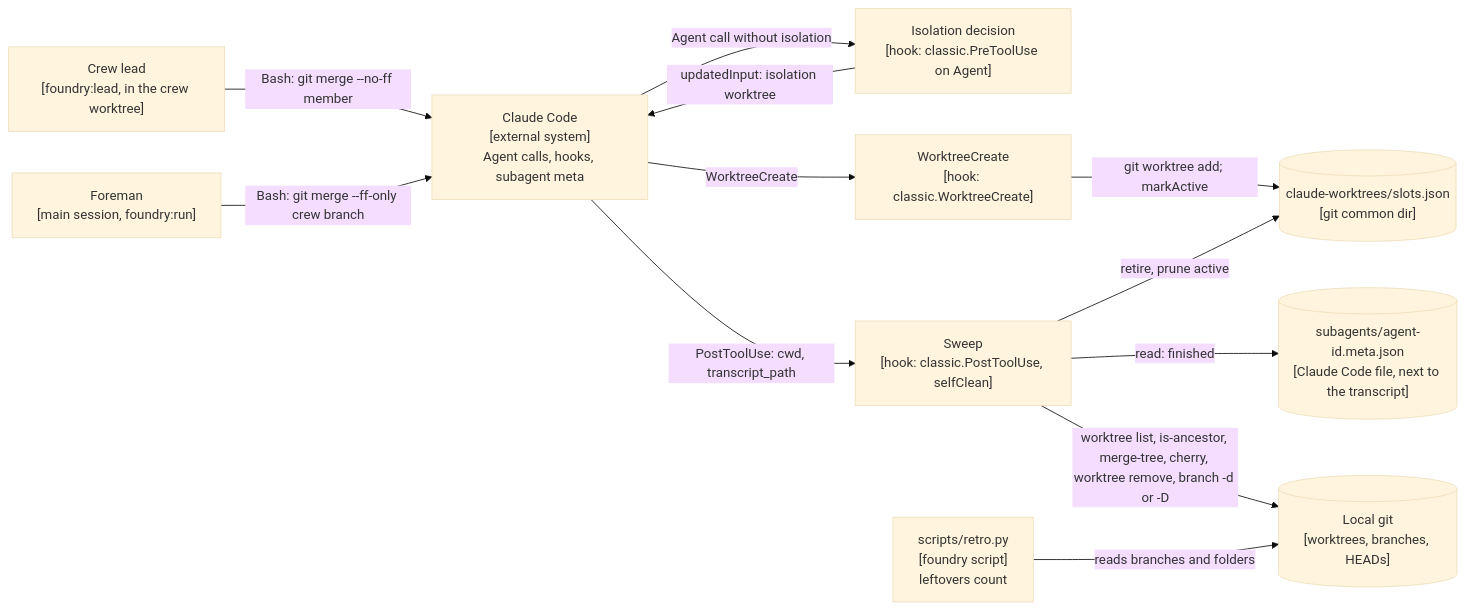
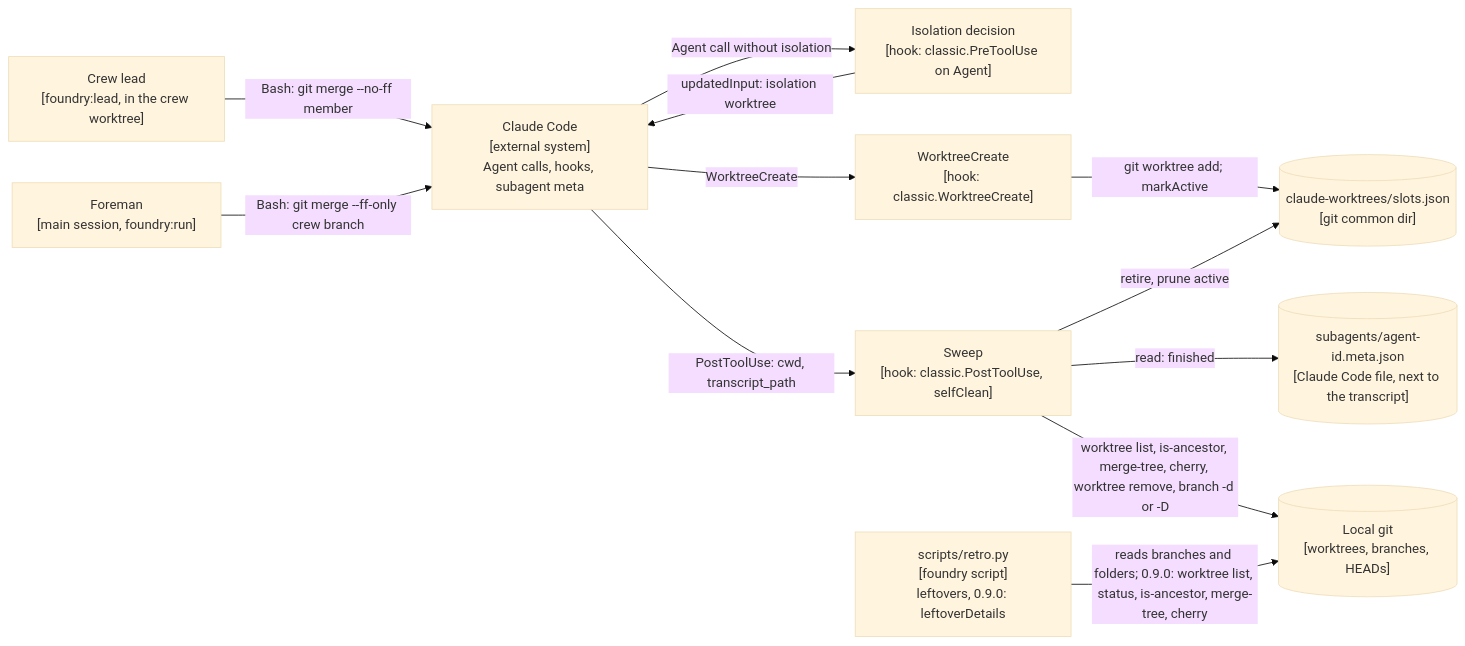
The second of 5 diagrams in docs/architecture.md (AbhiramDwivedi/claude-ops), drawn with Mermaid (base theme) before and after one commit. The commit also changed other lines of this file and 3 other files, not shown here.

First line of the commit message:
docs(foundry): ADR-0006 leftover causes, red-team end state, retro root-cause step

````diff
--- a/docs/architecture.md
+++ b/docs/architecture.md
@@ -190,25 +190,25 @@
 ```mermaid
 flowchart LR
   cc["Claude Code<br/>[external system]<br/>Agent calls, hooks, subagent meta"]
   pre["Isolation decision<br/>[hook: classic.PreToolUse on Agent]"]
   wtc["WorktreeCreate<br/>[hook: classic.WorktreeCreate]"]
   sweep["Sweep<br/>[hook: classic.PostToolUse, selfClean]"]
   slots[("claude-worktrees/slots.json<br/>[git common dir]")]
   meta[("subagents/agent-id.meta.json<br/>[Claude Code file, next to the transcript]")]
   git[("Local git<br/>[worktrees, branches, HEADs]")]
   lead["Crew lead<br/>[foundry:lead, in the crew worktree]"]
   fore["Foreman<br/>[main session, foundry:run]"]
-  retro["scripts/retro.py<br/>[foundry script]<br/>leftovers count"]
+  retro["scripts/retro.py<br/>[foundry script]<br/>leftovers, 0.9.0: leftoverDetails"]
 
   cc -->|"Agent call without isolation"| pre
   pre -->|"updatedInput: isolation worktree"| cc
   cc -->|"WorktreeCreate"| wtc
   wtc -->|"git worktree add; markActive"| slots
   lead -->|"Bash: git merge --no-ff member"| cc
   fore -->|"Bash: git merge --ff-only crew branch"| cc
   cc -->|"PostToolUse: cwd, transcript_path"| sweep
   sweep -->|"read: finished"| meta
   sweep -->|"retire, prune active"| slots
   sweep -->|"worktree list, is-ancestor, merge-tree, cherry, worktree remove, branch -d or -D"| git
-  retro -->|"reads branches and folders"| git
+  retro -->|"reads branches and folders; 0.9.0: worktree list, status, is-ancestor, merge-tree, cherry"| git
 ```
````
